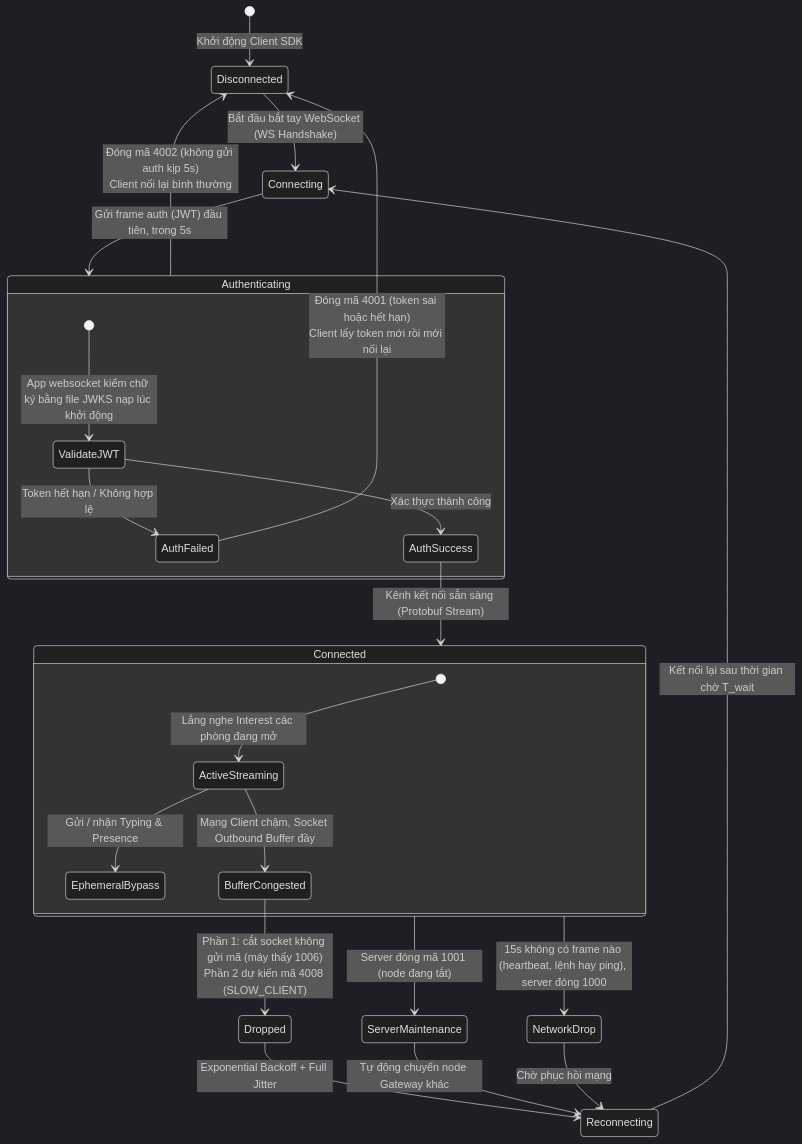
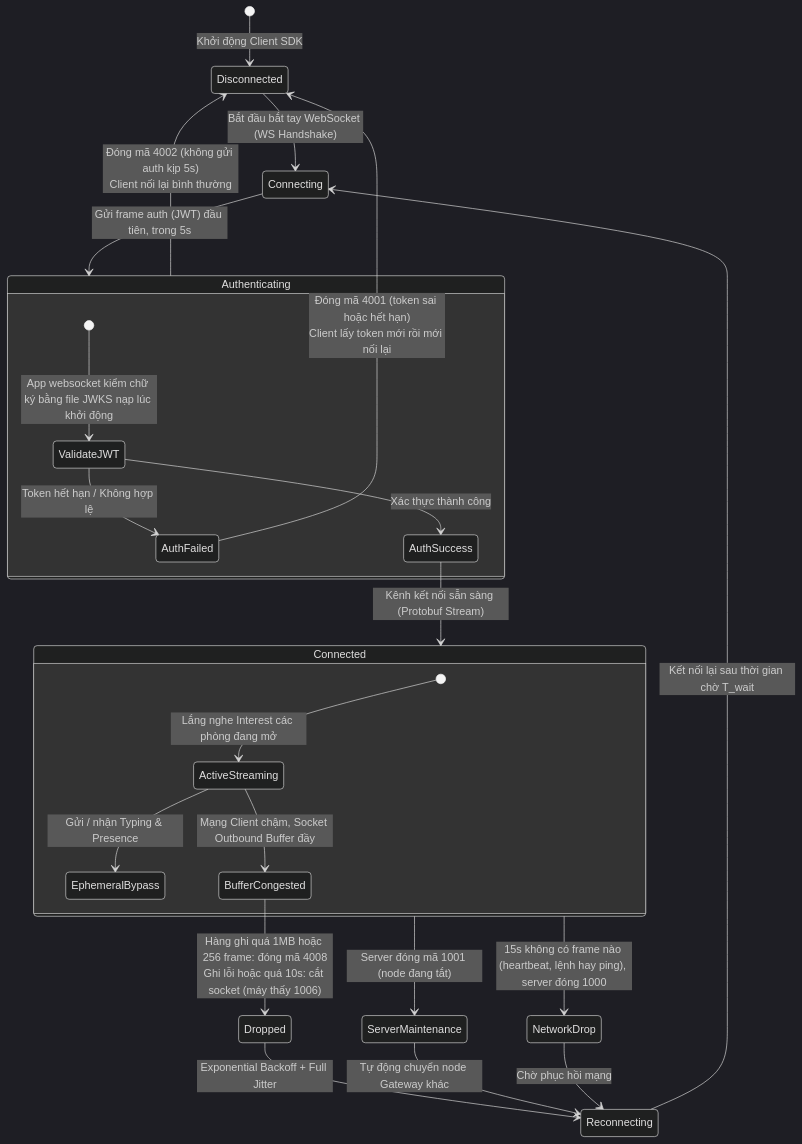
One commit to ivannguyendev/chatim changed the second of 2 diagrams in docs/modules/09-feature-realtime-delivery-and-ephemeral.md. Above: the diagram before and after it, drawn with Mermaid (dark theme). The commit also changed other lines of this file and 7 other files, not shown here.

````diff
--- a/docs/modules/09-feature-realtime-delivery-and-ephemeral.md
+++ b/docs/modules/09-feature-realtime-delivery-and-ephemeral.md
@@ -69,34 +70,34 @@
 ```mermaid
 stateDiagram-v2
     [*] --> Disconnected: Khởi động Client SDK
 
     Disconnected --> Connecting: Bắt đầu bắt tay WebSocket (WS Handshake)
     Connecting --> Authenticating: Gửi frame auth (JWT) đầu tiên, trong 5s
 
     state Authenticating {
         [*] --> ValidateJWT: App websocket kiểm chữ ký bằng file JWKS nạp lúc khởi động
         ValidateJWT --> AuthFailed: Token hết hạn / Không hợp lệ
         ValidateJWT --> AuthSuccess: Xác thực thành công
     }
 
     AuthFailed --> Disconnected: Đóng mã 4001 (token sai hoặc hết hạn)<br/>Client lấy token mới rồi mới nối lại
     Authenticating --> Disconnected: Đóng mã 4002 (không gửi auth kịp 5s)<br/>Client nối lại bình thường
 
     AuthSuccess --> Connected: Kênh kết nối sẵn sàng (Protobuf Stream)
 
     state Connected {
         [*] --> ActiveStreaming: Lắng nghe Interest các phòng đang mở
         ActiveStreaming --> EphemeralBypass: Gửi / nhận Typing & Presence
         ActiveStreaming --> BufferCongested: Mạng Client chậm, Socket Outbound Buffer đầy
     }
 
-    BufferCongested --> Dropped: Phần 1: cắt socket không gửi mã (máy thấy 1006)<br/>Phần 2 dự kiến mã 4008 (SLOW_CLIENT)
+    BufferCongested --> Dropped: Hàng ghi quá 1MB hoặc 256 frame: đóng mã 4008<br/>Ghi lỗi hoặc quá 10s: cắt socket (máy thấy 1006)
     Connected --> ServerMaintenance: Server đóng mã 1001 (node đang tắt)
     Connected --> NetworkDrop: 15s không có frame nào (heartbeat, lệnh hay ping), server đóng 1000
 
     Dropped --> Reconnecting: Exponential Backoff + Full Jitter
     ServerMaintenance --> Reconnecting: Tự động chuyển node Gateway khác
     NetworkDrop --> Reconnecting: Chờ phục hồi mạng
 
     Reconnecting --> Connecting: Kết nối lại sau thời gian chờ T_wait
 ```
````
